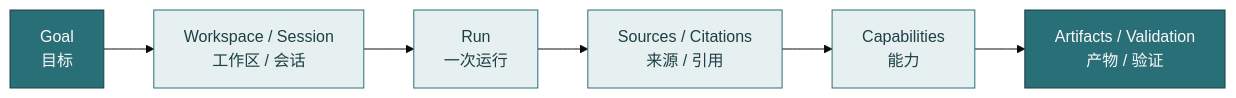
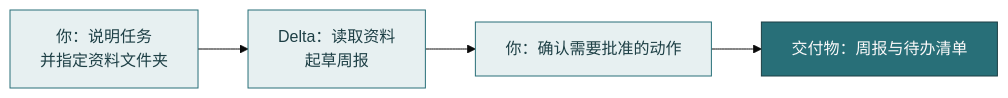
Before and after one commit to fongap-labs/delta: the first of 3 diagrams in README.md, drawn with Mermaid (base theme). The commit also changed other lines of this file, not shown here.

````diff
--- a/README.md
+++ b/README.md
@@ -61,12 +42,10 @@
 ```mermaid
 flowchart LR
-    G["Goal<br/>目标"] --> W["Workspace / Session<br/>工作区 / 会话"]
-    W --> R["Run<br/>一次运行"]
-    R --> S["Sources / Citations<br/>来源 / 引用"]
-    S --> C["Capabilities<br/>能力"]
-    C --> A["Artifacts / Validation<br/>产物 / 验证"]
+    A["你：说明任务<br/>并指定资料文件夹"] --> B["Delta：读取资料<br/>起草周报"]
+    B --> C["你：确认需要批准的动作"]
+    C --> D["交付物：周报与待办清单"]
     classDef brand fill:#286F78,stroke:#1D3F45,color:#FBF9F9
     classDef soft fill:#E7F0F1,stroke:#286F78,color:#1D3F45
-    class G,A brand
-    class W,R,S,C soft
+    class D brand
+    class A,B,C soft
 ```
````
